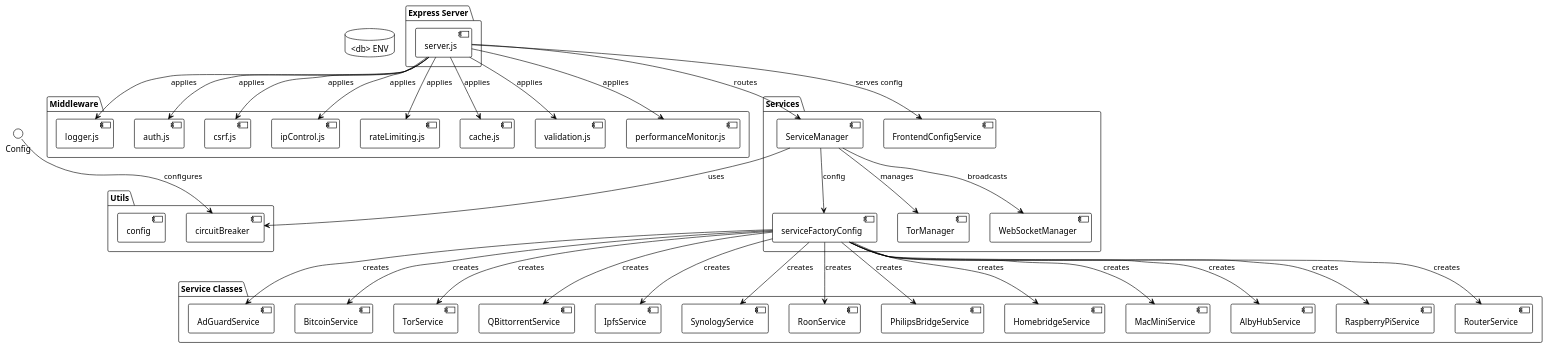
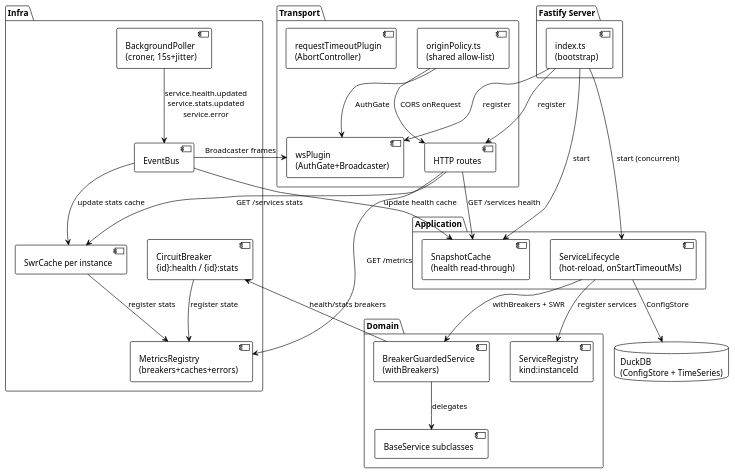
The first of 2 diagrams in docs/architecture/backend-architecture.md (EraPartner/Watchman), drawn with PlantUML before and after one commit. The commit also changed other lines of this file and 26 other files, not shown here.

````diff
--- a/docs/architecture/backend-architecture.md
+++ b/docs/architecture/backend-architecture.md
@@ -775,83 +857,63 @@
 @startuml
 !theme plain
 
-package "Express Server" {
-  [server.js] as Server
+package "Fastify Server" {
+  [index.ts\n(bootstrap)] as Boot
 }
 
-package "Middleware" {
-  [logger.js] as Logger
-  [auth.js] as Auth
-  [csrf.js] as CSRF
-  [ipControl.js] as IPCtrl
-  [rateLimiting.js] as RateLimit
-  [cache.js] as Cache
-  [validation.js] as Valid
-  [performanceMonitor.js] as PerfMon
+package "Transport" {
+  [originPolicy.ts\n(shared allow-list)] as OriginPolicy
+  [HTTP routes] as Routes
+  [wsPlugin\n(AuthGate+Broadcaster)] as WS
+  [requestTimeoutPlugin\n(AbortController)] as Timeout
 }
 
-package "Services" {
-  [ServiceManager] as SvcMgr
-  [serviceFactoryConfig] as SvcFactory
-  [TorManager] as TorMgr
-  [WebSocketManager] as WSMgr
-  [FrontendConfigService] as FrontendCfg
+package "Application" {
+  [SnapshotCache\n(health read-through)] as SnapCache
+  [ServiceLifecycle\n(hot-reload, onStartTimeoutMs)] as Lifecycle
 }
 
-package "Service Classes" {
-  [AdGuardService]
-  [BitcoinService]
-  [TorService]
-  [QBittorrentService]
-  [IpfsService]
-  [SynologyService]
-  [RoonService]
-  [PhilipsBridgeService]
-  [HomebridgeService]
-  [MacMiniService]
-  [AlbyHubService]
-  [RaspberryPiService]
-  [RouterService]
+package "Domain" {
+  [ServiceRegistry\nkind:instanceId] as Registry
+  [BreakerGuardedService\n(withBreakers)] as Guarded
+  [BaseService subclasses] as Services
 }
 
-package "Utils" {
-  [circuitBreaker]
-  [config]
+package "Infra" {
+  [MetricsRegistry\n(breakers+caches+errors)] as Metrics
+  [SwrCache per instance] as SWR
+  [CircuitBreaker\n{id}:health / {id}:stats] as CB
+  [BackgroundPoller\n(croner, 15s+jitter)] as Poller
+  [EventBus] as Bus
 }
 
-Database "<db> ENV" as EnvDB
+database "DuckDB\n(ConfigStore + TimeSeries)" as DB
 
-Server --> Logger : applies
-Server --> Auth : applies
-Server --> CSRF : applies
-Server --> IPCtrl : applies
-Server --> RateLimit : applies
-Server --> Cache : applies
-Server --> Valid : applies
-Server --> PerfMon : applies
+Boot --> SnapCache : start
+Boot --> Lifecycle : start (concurrent)
+Boot --> Routes : register
+Boot --> WS : register
 
-Server --> SvcMgr : routes
-SvcMgr --> SvcFactory : config
-SvcMgr --> TorMgr : manages
-SvcMgr --> WSMgr : broadcasts
-Server --> FrontendCfg : serves config
+OriginPolicy --> Routes : CORS onRequest
+OriginPolicy --> WS : AuthGate
 
-SvcFactory --> AdGuardService : creates
-SvcFactory --> BitcoinService : creates
-SvcFactory --> TorService : creates
-SvcFactory --> QBittorrentService : creates
-SvcFactory --> IpfsService : creates
-SvcFactory --> SynologyService : creates
-SvcFactory --> RoonService : creates
-SvcFactory --> PhilipsBridgeService : creates
-SvcFactory --> HomebridgeService : creates
-SvcFactory --> MacMiniService : creates
-SvcFactory --> AlbyHubService : creates
-SvcFactory --> RaspberryPiService : creates
-SvcFactory --> RouterService : creates
+Lifecycle --> Registry : register services
+Lifecycle --> Guarded : withBreakers + SWR
+Guarded --> Services : delegates
+Guarded --> CB : health/stats breakers
 
-SvcMgr --> circuitBreaker : uses
-Config --> circuitBreaker : configures
+Poller --> Bus : service.health.updated\nservice.stats.updated\nservice.error
+Bus --> SnapCache : update health cache
+Bus --> SWR : update stats cache
+Bus --> WS : Broadcaster frames
 
+Routes --> SnapCache : GET /services health
+Routes --> SWR : GET /services stats
+Routes --> Metrics : GET /metrics
+
+CB --> Metrics : register state
+SWR --> Metrics : register stats
+
+Lifecycle --> DB : ConfigStore
 @enduml
 ```
````
